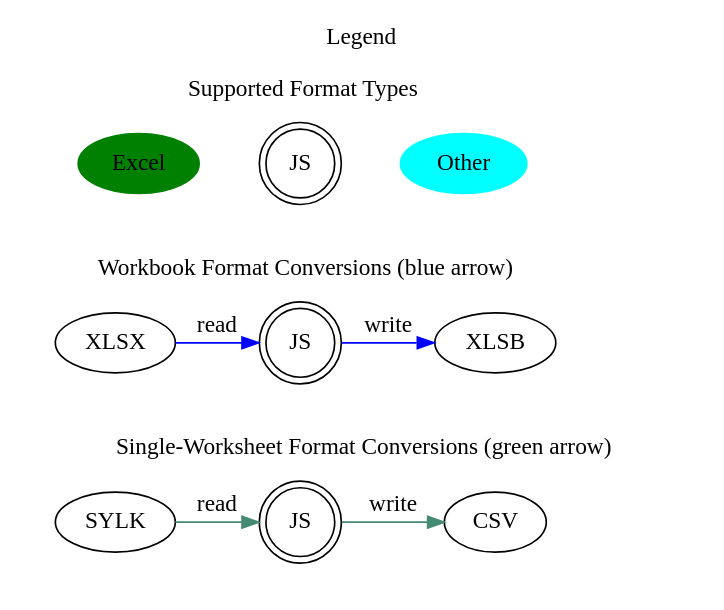
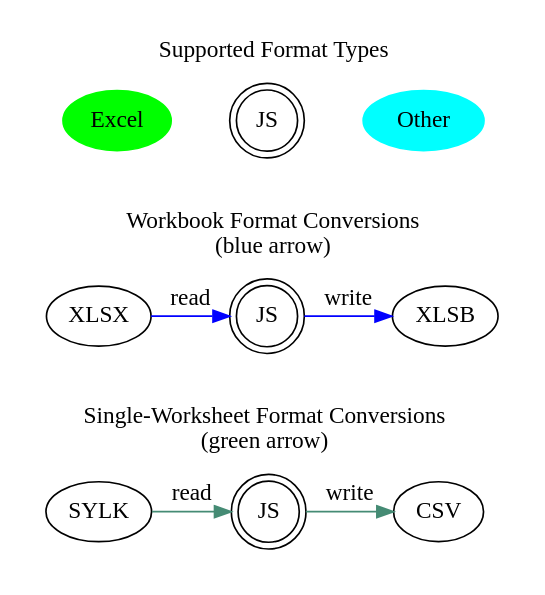
Before and after one commit to KingTiger001/sheet-project: the diagram in misc/legend.dot, drawn with Graphviz. The commit also changed 19 other files, not shown here.

```diff
--- a/misc/legend.dot
+++ b/misc/legend.dot
@@ -1,42 +1,49 @@
 digraph G {
 	graph [mindist=0];
+	node [fontname="Indie Flower"];
 	labelloc=t;
-	label="Legend"
+	//label="Legend"
+	fontname="Indie Flower"
+	style=filled
+	fillcolor="transparent"
 
 	subgraph cluster_0 {
 		label="Supported Format Types"
-		color="white"
-		XL[label="Excel",style=filled,color=green];
+		color="transparent"
+		fontname="Indie Flower"
+		XL[label="Excel",style=filled,color="#00FF00"];
 		CSF[label="JS",shape=doublecircle];
 		OLD[label="Other",style=filled,color=cyan];
 		{ edge[style=invis] XL -> CSF -> OLD[constraint=false]}
 	}
 
 	subgraph cluster_1 {
-		label="Workbook Format Conversions (blue arrow)"
-		color="white"
+		label="Workbook Format Conversions\n(blue arrow)"
+		color="transparent"
+		fontname="Indie Flower"
 		x1i[label="XLSX"]
 		c1[shape=doublecircle,label="JS"];
 		x1o[label="XLSB"]
 		{ edge[color=blue]
-			x1i->c1[constraint=false,label="read"]
-			c1->x1o[constraint=false,label="write"];
+			x1i->c1[constraint=false,label="read",fontname="Indie Flower"]
+			c1->x1o[constraint=false,label="write",fontname="Indie Flower"];
 		}
 	}
 
 	subgraph cluster_2 {
-		label="Single-Worksheet Format Conversions (green arrow)"
-		color="white"
+		label="Single-Worksheet Format Conversions\n(green arrow)"
+		color="transparent"
+		fontname="Indie Flower"
 		x2i[label="SYLK"]
 		c2[shape=doublecircle,label="JS"];
 		x2o[label="CSV"]
 		{ edge[color=aquamarine4]
-			x2i->c2[constraint=false,label="read"]
-			c2->x2o[constraint=false,label="write"];
+			x2i->c2[constraint=false,label="read",fontname="Indie Flower"]
+			c2->x2o[constraint=false,label="write",fontname="Indie Flower"];
 		}
 	}
 
 	{ edge[style=invis] XL -> x1i -> x2i; }
 	{ edge[style=invis] CSF -> c1 -> c2; }
 	{ edge[style=invis] OLD -> x1o -> x2o; }
 }
```
